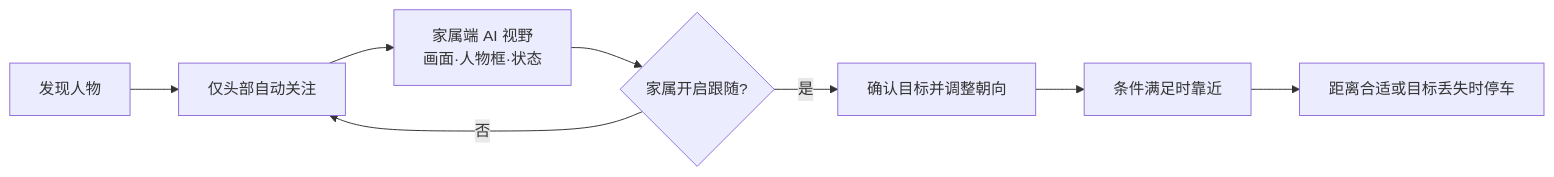
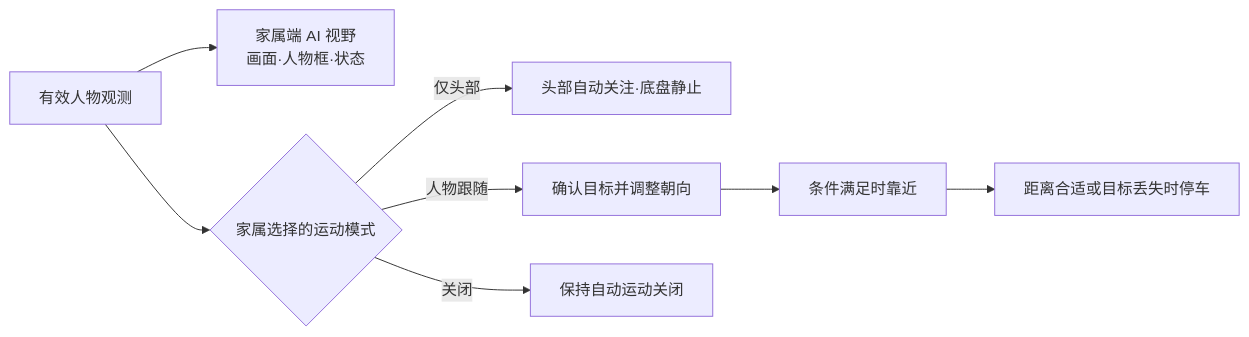
One commit to Justin-fanfan/Submission_Materials changed diagram 23 of 44 in LongPet_产品设计文档.md. Above: the diagram before and after it, drawn with Mermaid. The commit also changed other lines of this file, not shown here.

````diff
--- a/LongPet_产品设计文档.md
+++ b/LongPet_产品设计文档.md
@@ -1999,8 +1982,8 @@
 ```mermaid
 flowchart LR
-    P[发现人物] --> H[仅头部自动关注]
-    H --> V[家属端 AI 视野<br/>画面·人物框·状态]
-    V --> U{家属开启跟随?}
-    U -- 是 --> F[确认目标并调整朝向] --> M[条件满足时靠近] --> S[距离合适或目标丢失时停车]
-    U -- 否 --> H
+    P[有效人物观测] --> V[家属端 AI 视野<br/>画面·人物框·状态]
+    P --> U{家属选择的运动模式}
+    U -- 仅头部 --> H[头部自动关注·底盘静止]
+    U -- 人物跟随 --> F[确认目标并调整朝向] --> M[条件满足时靠近] --> S[距离合适或目标丢失时停车]
+    U -- 关闭 --> D[保持自动运动关闭]
 ```
````
